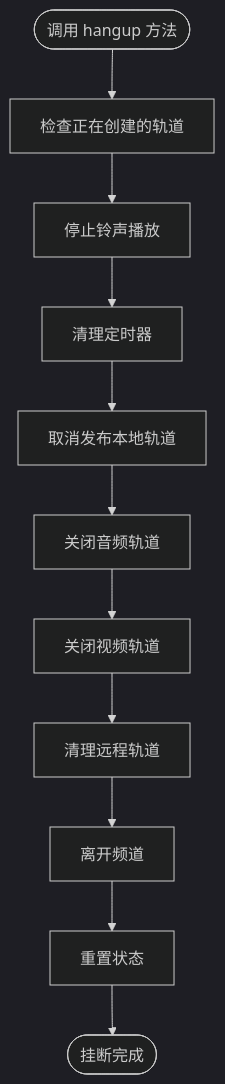
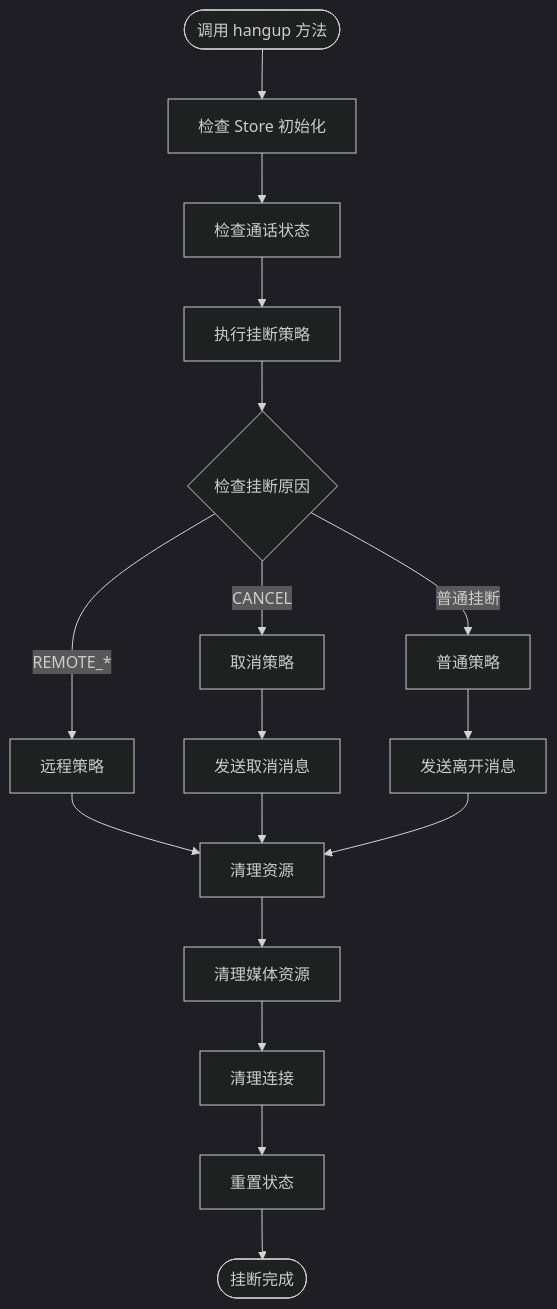
One commit to Easemob-Community/easemob-uikit-callkit-vue3 changed the fourth of 8 diagrams in .qoder/repowiki/zh/content/API 参考/服务层 API/CallService 通话服务.md. Above: the diagram before and after it, drawn with Mermaid (dark theme). The commit also changed other lines of this file and 54 other files, not shown here.

````diff
--- a/.qoder/repowiki/zh/content/API 参考/服务层 API/CallService 通话服务.md
+++ b/.qoder/repowiki/zh/content/API 参考/服务层 API/CallService 通话服务.md
@@ -149,13 +165,19 @@
 ```mermaid
 flowchart TD
-Start([调用 hangup 方法]) --> CheckTracks[检查正在创建的轨道]
-CheckTracks --> StopRingtones[停止铃声播放]
-StopRingtones --> ClearTimers[清理定时器]
-ClearTimers --> UnpublishTracks[取消发布本地轨道]
-UnpublishTracks --> CloseAudioTrack[关闭音频轨道]
-CloseAudioTrack --> CloseVideoTrack[关闭视频轨道]
-CloseVideoTrack --> CleanupRemotes[清理远程轨道]
-CleanupRemotes --> LeaveChannel[离开频道]
-LeaveChannel --> ResetState[重置状态]
+Start([调用 hangup 方法]) --> CheckStore[检查 Store 初始化]
+CheckStore --> CheckStatus[检查通话状态]
+CheckStatus --> ExecuteStrategy[执行挂断策略]
+ExecuteStrategy --> CheckReason{检查挂断原因}
+CheckReason --> |CANCEL| CancelStrategy[取消策略]
+CheckReason --> |REMOTE_*| RemoteStrategy[远程策略]
+CheckReason --> |普通挂断| NormalStrategy[普通策略]
+CancelStrategy --> SendCancelMessage[发送取消消息]
+RemoteStrategy --> CleanupResources[清理资源]
+NormalStrategy --> SendLeaveMessage[发送离开消息]
+SendCancelMessage --> CleanupResources
+SendLeaveMessage --> CleanupResources
+CleanupResources --> CleanupMedia[清理媒体资源]
+CleanupMedia --> CleanupConnection[清理连接]
+CleanupConnection --> ResetState[重置状态]
 ResetState --> End([挂断完成])
 ```
````
